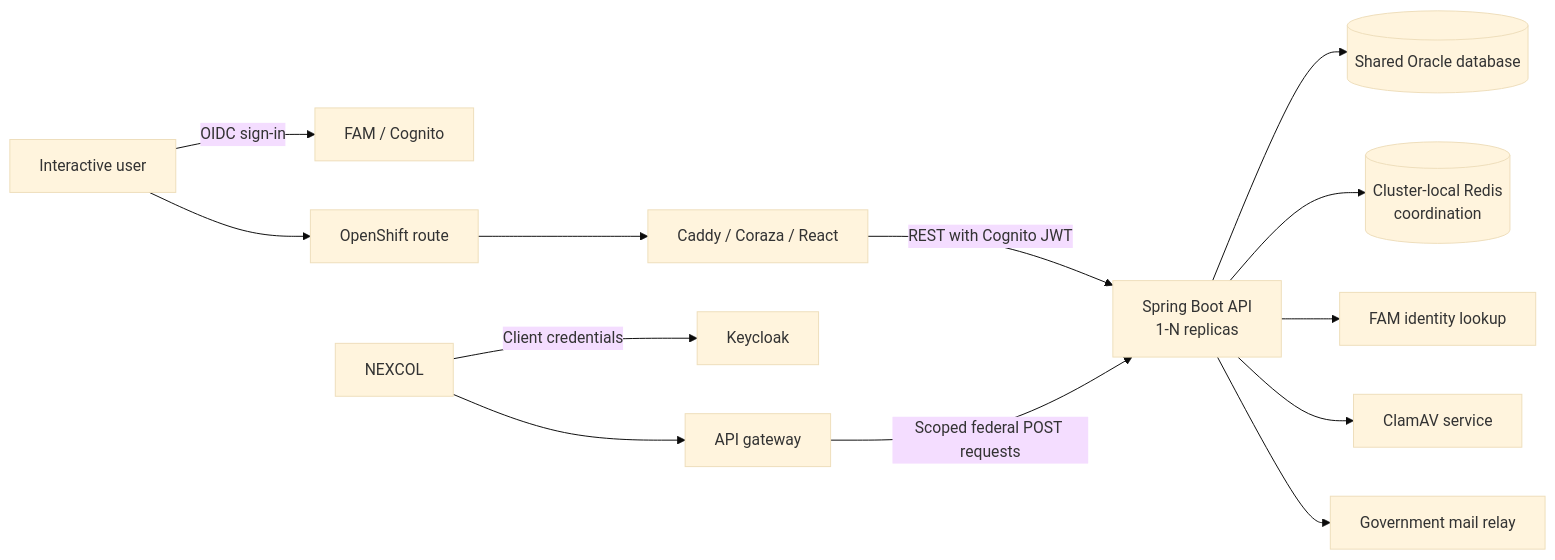
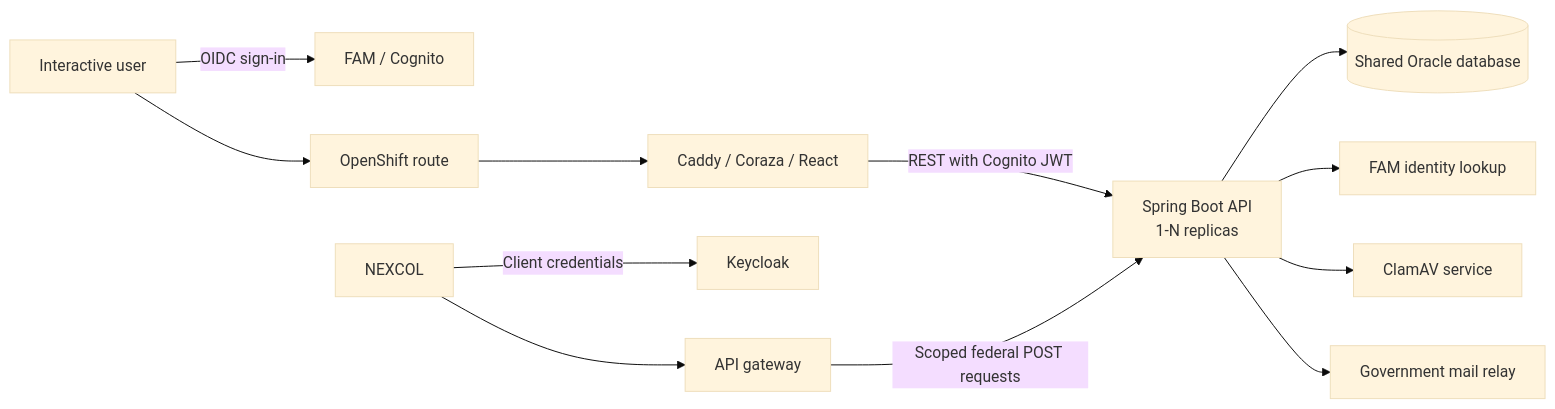
One commit to bcgov/nr-lexis changed the diagram in docs/architecture.md. Above: the diagram before and after it, drawn with Mermaid (base theme). The commit also changed other lines of this file and 86 other files, not shown here.

Commit message:
fix: replace redis coordination with oracle concurrency

````diff
--- a/docs/architecture.md
+++ b/docs/architecture.md
@@ -9,17 +9,16 @@
 ```mermaid
 flowchart LR
     User["Interactive user"] -->|OIDC sign-in| Cognito["FAM / Cognito"]
     User --> Route["OpenShift route"]
     Route --> Frontend["Caddy / Coraza / React"]
     Frontend -->|REST with Cognito JWT| Backend["Spring Boot API<br/>1-N replicas"]
 
     Nexcol[NEXCOL] -->|Client credentials| Keycloak[Keycloak]
     Nexcol --> Gateway["API gateway"]
     Gateway -->|Scoped federal POST requests| Backend
 
     Backend --> Oracle[("Shared Oracle database")]
-    Backend --> Redis[("Cluster-local Redis<br/>coordination")]
     Backend --> Identity["FAM identity lookup"]
     Backend --> ClamAV["ClamAV service"]
     Backend --> Mail["Government mail relay"]
 ```
````
